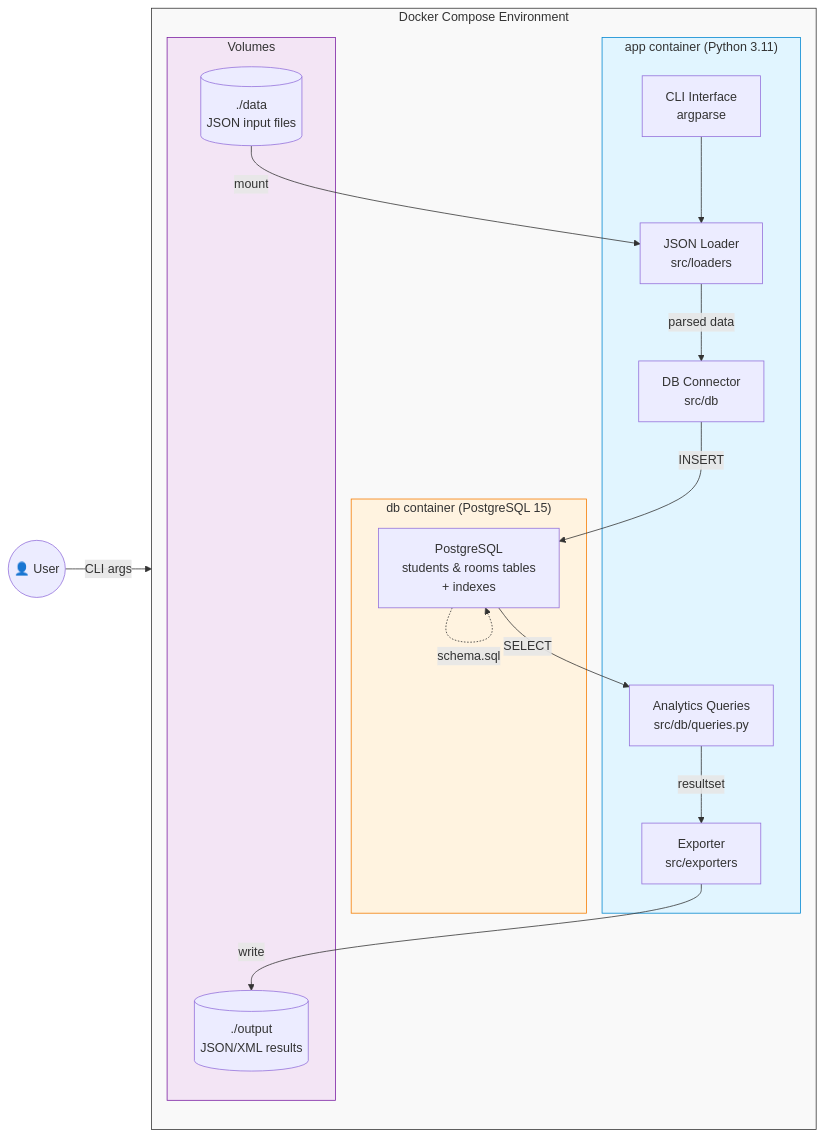
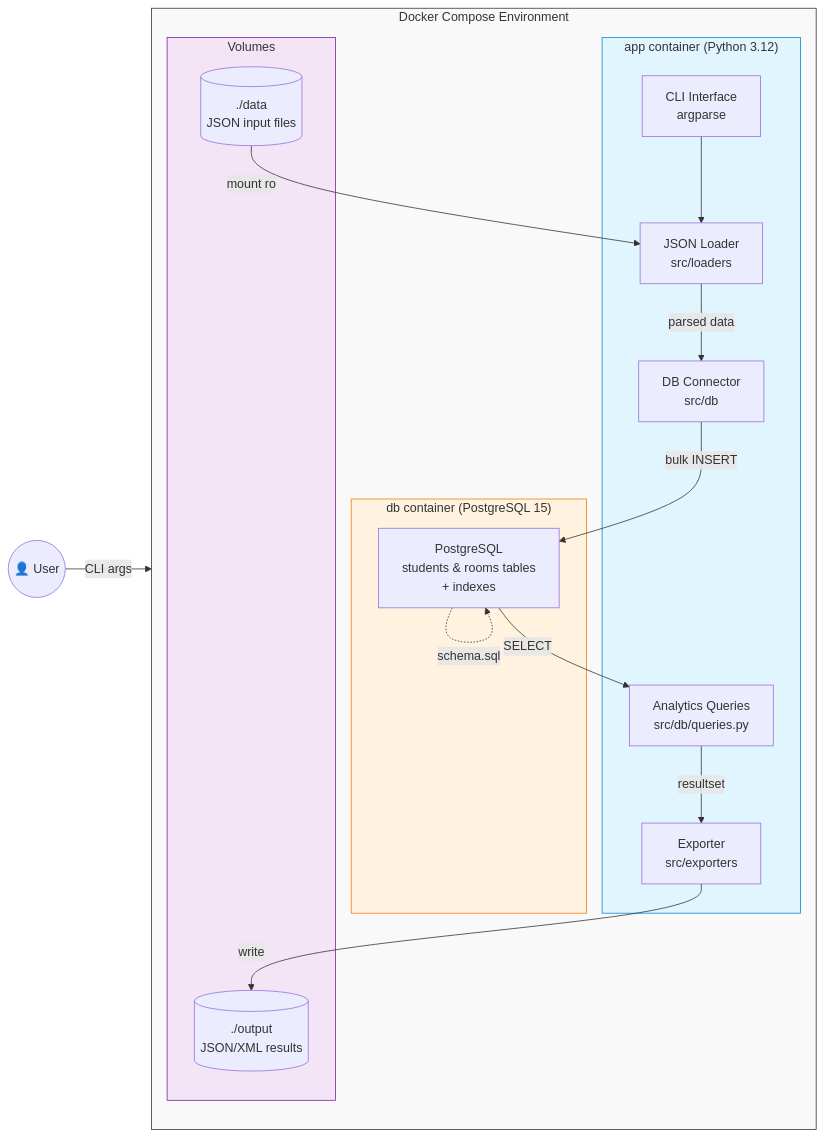
One commit to z10n/internship-postgres-etl changed the diagram in README.md. Above: the diagram before and after it, drawn with Mermaid. The commit also changed other lines of this file and 4 other files, not shown here.

Commit message:
docs: update README with correct Python version, queries, architecture decisions and screenshot

````diff
--- a/README.md
+++ b/README.md
@@ -28,40 +28,40 @@
 ```mermaid
 flowchart LR
     subgraph Docker["Docker Compose Environment"]
         direction TB
         
-        subgraph APP["app container (Python 3.11)"]
+        subgraph APP["app container (Python 3.12)"]
             CLI["CLI Interface<br/>argparse"]
             LOADER["JSON Loader<br/>src/loaders"]
             DB_CLIENT["DB Connector<br/>src/db"]
             QUERIES["Analytics Queries<br/>src/db/queries.py"]
             EXPORTER["Exporter<br/>src/exporters"]
         end
         
         subgraph DB["db container (PostgreSQL 15)"]
             PG["PostgreSQL<br/>students & rooms tables<br/>+ indexes"]
         end
         
         subgraph VOLUMES["Volumes"]
             DATA[("./data<br/>JSON input files")]
             OUT[("./output<br/>JSON/XML results")]
         end
     end
     
     CLI --> LOADER
     LOADER -->|parsed data| DB_CLIENT
-    DB_CLIENT -->|INSERT| PG
+    DB_CLIENT -->|bulk INSERT| PG
     PG -->|SELECT| QUERIES
     QUERIES -->|resultset| EXPORTER
     EXPORTER -->|write| OUT
     
-    DATA -->|mount| LOADER
+    DATA -->|mount ro| LOADER
     PG -.->|schema.sql| PG
     
     USER(("👤 User")) -->|CLI args| CLI
     
     style Docker fill:#f9f9f9,stroke:#333
     style APP fill:#e1f5ff,stroke:#0288d1
     style DB fill:#fff3e0,stroke:#f57c00
     style VOLUMES fill:#f3e5f5,stroke:#7b1fa2
 ```
````
